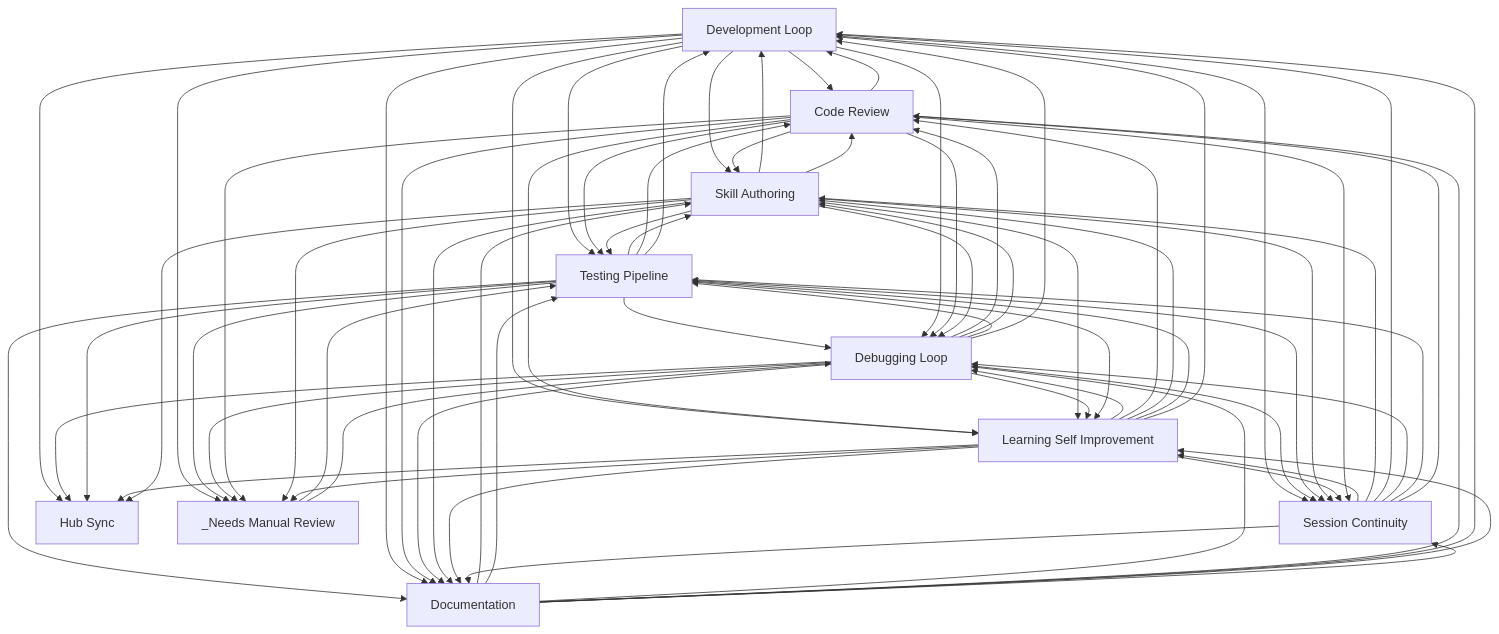
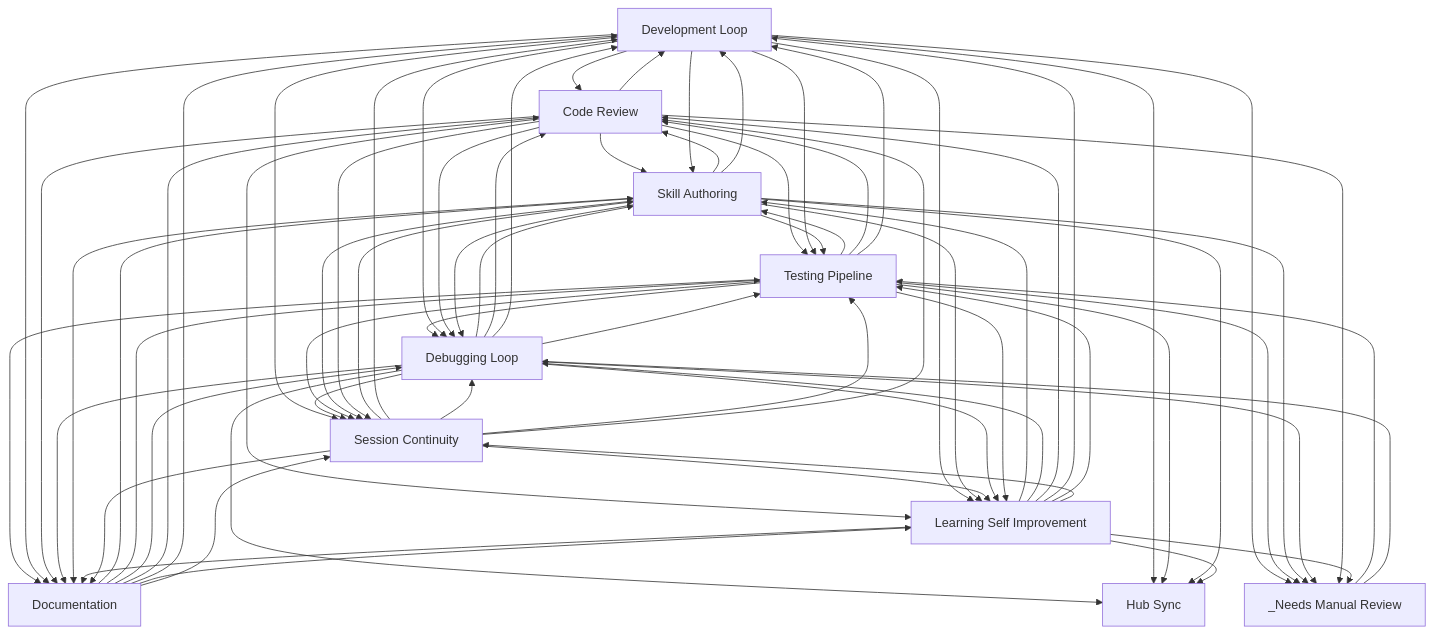
The diagram in docs/workflows/INDEX.md (abhayla/claude-best-practices), drawn with Mermaid before and after one commit. The commit also changed other lines of this file and 12 other files, not shown here.

````diff
--- a/docs/workflows/INDEX.md
+++ b/docs/workflows/INDEX.md
@@ -22,82 +22,82 @@
 ```mermaid
 graph TD
     development_loop[Development Loop]
     testing_pipeline[Testing Pipeline]
     debugging_loop[Debugging Loop]
     learning_self_improvement[Learning Self Improvement]
     session_continuity[Session Continuity]
     skill_authoring[Skill Authoring]
     code_review[Code Review]
     documentation[Documentation]
     hub_sync[Hub Sync]
     _needs_manual_review[_Needs Manual Review]
     documentation --> skill_authoring
     documentation --> testing_pipeline
+    code_review --> skill_authoring
+    code_review --> development_loop
     development_loop --> code_review
     development_loop --> skill_authoring
-    code_review --> development_loop
-    code_review --> skill_authoring
+    code_review --> learning_self_improvement
+    code_review --> testing_pipeline
     development_loop --> learning_self_improvement
     development_loop --> testing_pipeline
-    code_review --> learning_self_improvement
-    code_review --> testing_pipeline
     skill_authoring --> testing_pipeline
     testing_pipeline --> skill_authoring
     testing_pipeline --> debugging_loop
     testing_pipeline --> code_review
     testing_pipeline --> development_loop
     testing_pipeline --> documentation
+    debugging_loop --> skill_authoring
     debugging_loop --> code_review
-    debugging_loop --> skill_authoring
+    debugging_loop --> development_loop
     debugging_loop --> testing_pipeline
-    debugging_loop --> development_loop
     development_loop --> debugging_loop
     development_loop --> documentation
+    skill_authoring --> code_review
     skill_authoring --> development_loop
-    skill_authoring --> code_review
     skill_authoring --> learning_self_improvement
     development_loop --> _needs_manual_review
     testing_pipeline --> _needs_manual_review
+    code_review --> debugging_loop
     documentation --> debugging_loop
     documentation --> code_review
     documentation --> development_loop
-    code_review --> debugging_loop
     code_review --> documentation
     development_loop --> session_continuity
     session_continuity --> learning_self_improvement
     _needs_manual_review --> testing_pipeline
+    debugging_loop --> session_continuity
     debugging_loop --> learning_self_improvement
-    debugging_loop --> session_continuity
+    testing_pipeline --> session_continuity
     testing_pipeline --> learning_self_improvement
-    testing_pipeline --> session_continuity
     debugging_loop --> documentation
     documentation --> learning_self_improvement
     skill_authoring --> session_continuity
     skill_authoring --> debugging_loop
     _needs_manual_review --> debugging_loop
+    learning_self_improvement --> skill_authoring
     learning_self_improvement --> debugging_loop
     learning_self_improvement --> code_review
-    learning_self_improvement --> skill_authoring
+    learning_self_improvement --> development_loop
     learning_self_improvement --> testing_pipeline
-    learning_self_improvement --> development_loop
+    skill_authoring --> _needs_manual_review
     debugging_loop --> _needs_manual_review
     code_review --> _needs_manual_review
-    skill_authoring --> _needs_manual_review
     skill_authoring --> documentation
     learning_self_improvement --> session_continuity
     code_review --> session_continuity
     session_continuity --> skill_authoring
     learning_self_improvement --> documentation
     session_continuity --> development_loop
     session_continuity --> debugging_loop
     session_continuity --> testing_pipeline
     session_continuity --> code_review
     session_continuity --> documentation
+    debugging_loop --> hub_sync
     development_loop --> hub_sync
-    debugging_loop --> hub_sync
     testing_pipeline --> hub_sync
+    skill_authoring --> hub_sync
     learning_self_improvement --> hub_sync
-    skill_authoring --> hub_sync
     learning_self_improvement --> _needs_manual_review
     documentation --> session_continuity
 ```
````
